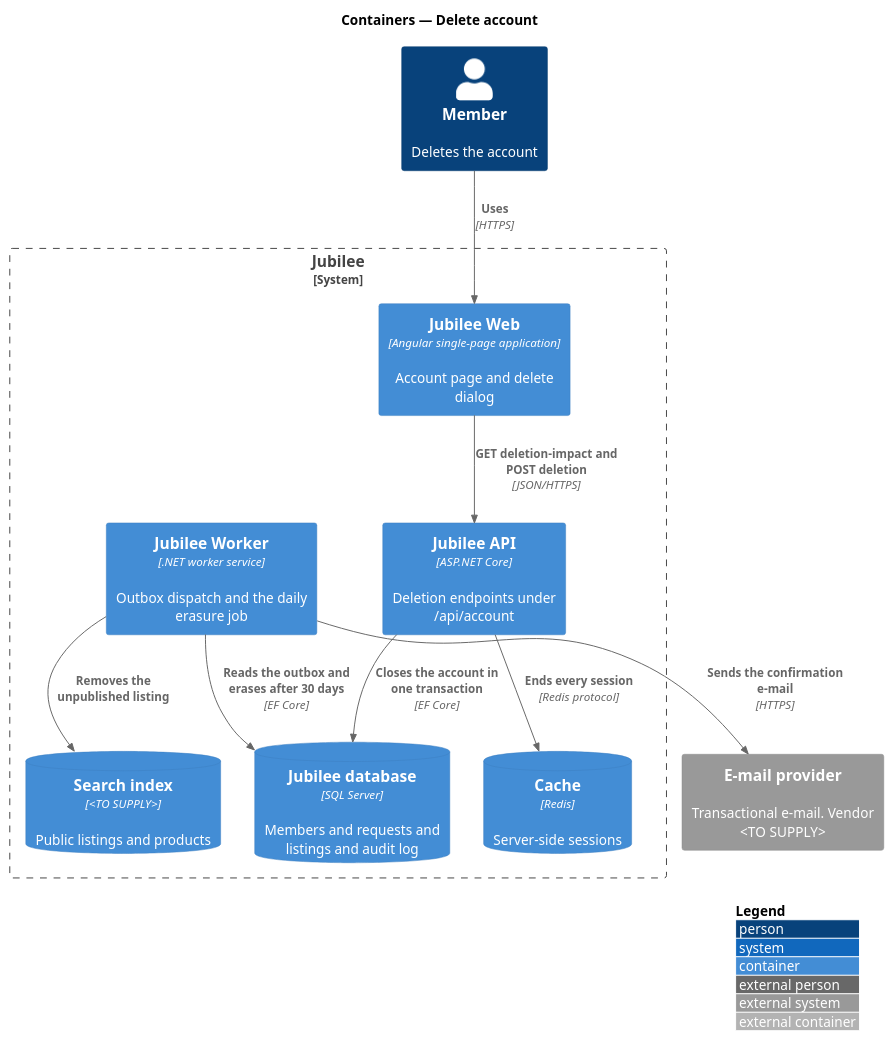
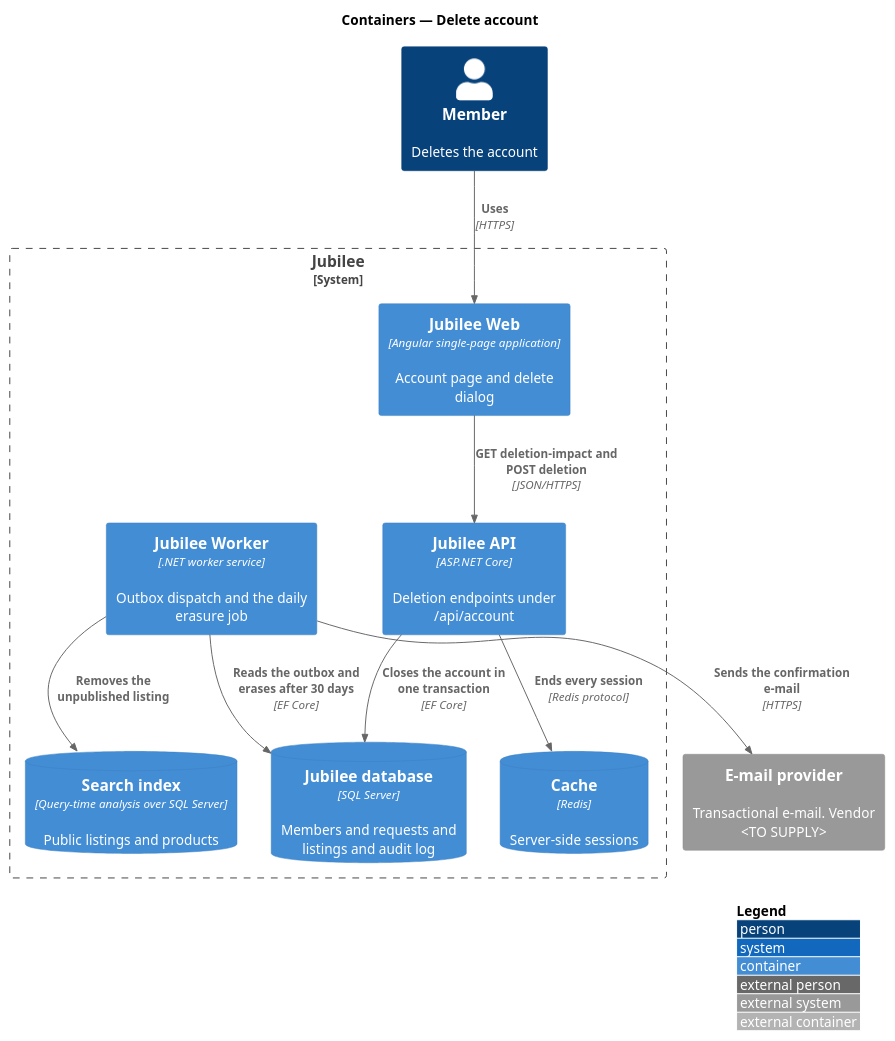
The diagram in docs/detailed-designs/accounts/delete-account/diagrams/c4-container.puml (QuinntyneBrown/jubilee), drawn with PlantUML before and after one commit. The commit also changed 34 other files, not shown here.

First line of the commit message:
Search: the index over the database is the final design, with no indexing job (ADR 0011, L2-029 AC7)

```diff
--- a/docs/detailed-designs/accounts/delete-account/diagrams/c4-container.puml
+++ b/docs/detailed-designs/accounts/delete-account/diagrams/c4-container.puml
@@ -1,25 +1,25 @@
 @startuml
 !include <C4/C4_Container>
 LAYOUT_WITH_LEGEND()
 title Containers — Delete account
 
 
 Person(member, "Member", "Deletes the account")
 System_Boundary(jubilee, "Jubilee") {
   Container(web, "Jubilee Web", "Angular single-page application", "Account page and delete dialog")
   Container(api, "Jubilee API", "ASP.NET Core", "Deletion endpoints under /api/account")
   Container(worker, "Jubilee Worker", ".NET worker service", "Outbox dispatch and the daily erasure job")
   ContainerDb(db, "Jubilee database", "SQL Server", "Members and requests and listings and audit log")
   ContainerDb(cache, "Cache", "Redis", "Server-side sessions")
-  ContainerDb(search, "Search index", "<TO SUPPLY>", "Public listings and products")
+  ContainerDb(search, "Search index", "Query-time analysis over SQL Server", "Public listings and products")
 }
 System_Ext(email, "E-mail provider", "Transactional e-mail. Vendor <TO SUPPLY>")
 
 Rel(member, web, "Uses", "HTTPS")
 Rel(web, api, "GET deletion-impact and POST deletion", "JSON/HTTPS")
 Rel(api, db, "Closes the account in one transaction", "EF Core")
 Rel(api, cache, "Ends every session", "Redis protocol")
 Rel(worker, db, "Reads the outbox and erases after 30 days", "EF Core")
 Rel(worker, search, "Removes the unpublished listing")
 Rel(worker, email, "Sends the confirmation e-mail", "HTTPS")
 @enduml
```
